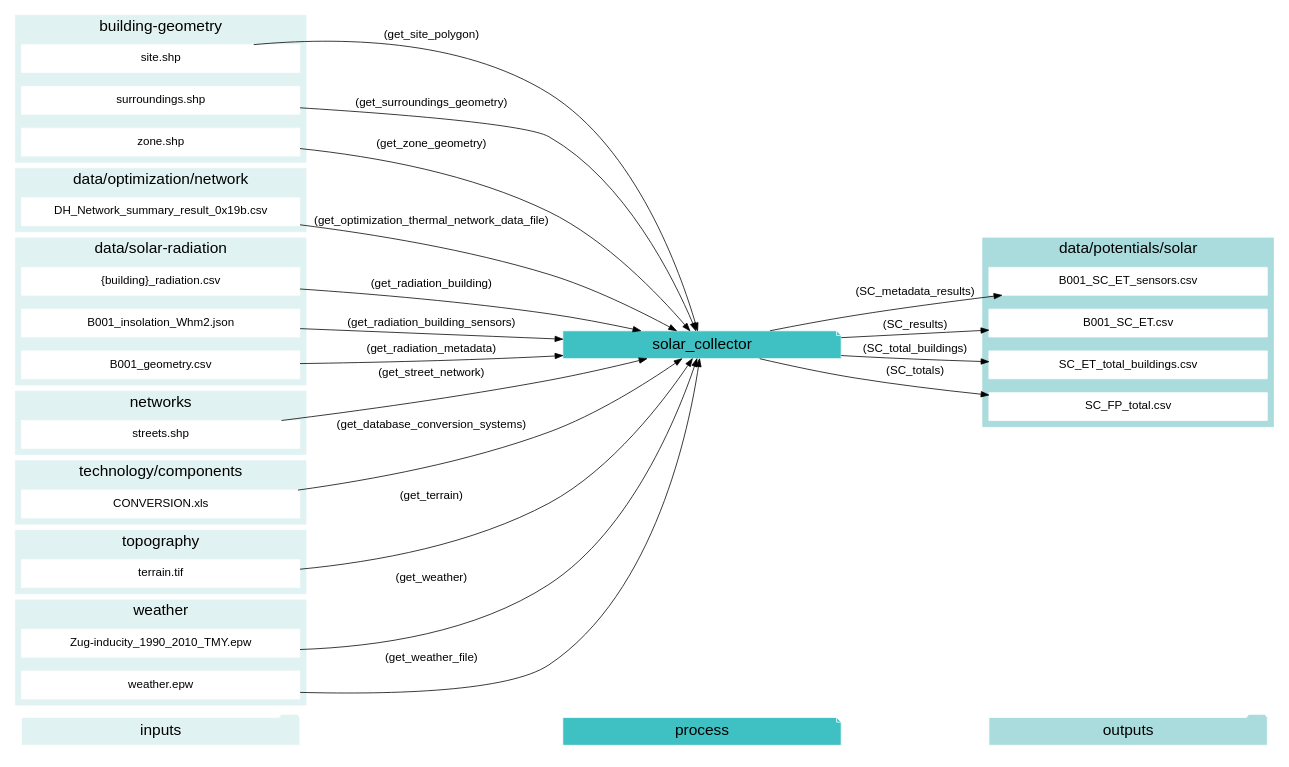
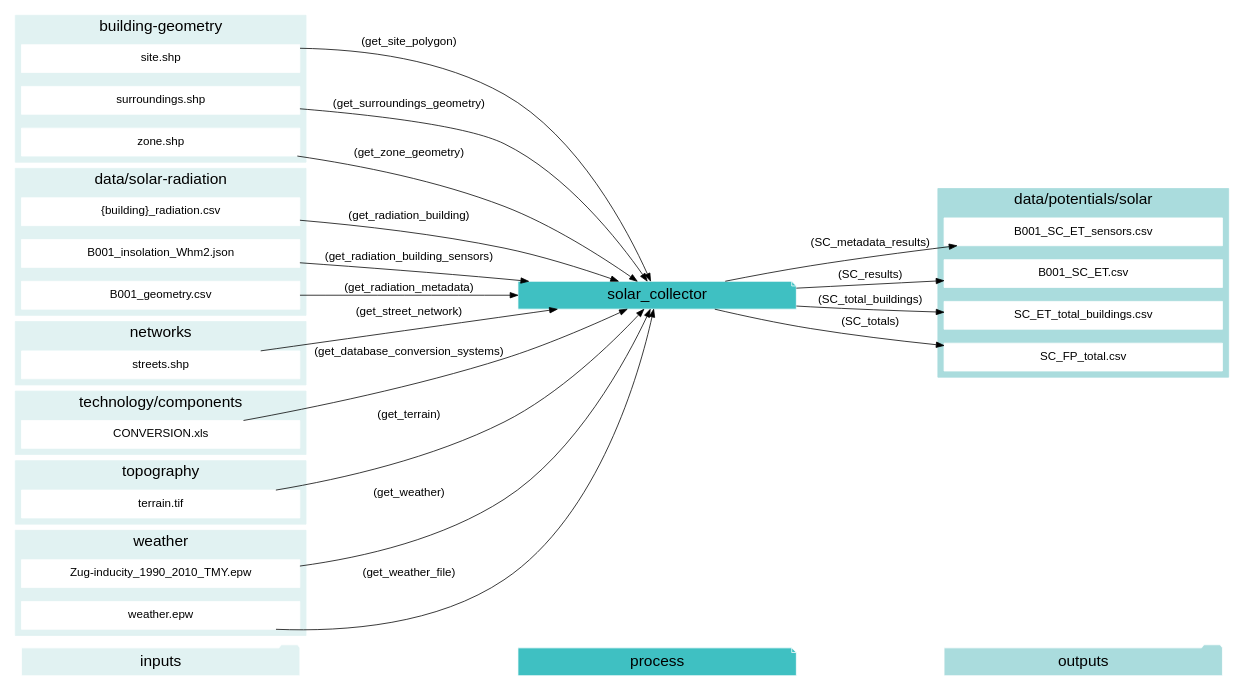
The diagram in docs/graphviz/solar_collector.gv (architecture-building-systems/CityEnergyAnalyst), drawn with Graphviz before and after one commit. The commit also changed 25 other files, not shown here.

Commit message:
working on the graphviz output

```diff
--- a/docs/graphviz/solar_collector.gv
+++ b/docs/graphviz/solar_collector.gv
@@ -1,105 +1,96 @@
 digraph trace_inputlocator {
     rankdir="LR";
     graph [overlap=false, fontname=arial];
     node [shape=box, style=filled, color=white, fontsize=15, fontname=arial, fixedsize=true, width=5];
     edge [fontname=arial, fontsize = 15]
     newrank=true
     subgraph cluster_legend {
     fontsize=25
     style=invis
     "process"[style=filled, fillcolor="#3FC0C2", shape=note, fontsize=20, fontname="arial"]
     "inputs" [style=filled, shape=folder, color=white, fillcolor="#E1F2F2", fontsize=20]
     "outputs"[style=filled, shape=folder, color=white, fillcolor="#aadcdd", fontsize=20]
     "inputs"->"process"[style=invis]
     "process"->"outputs"[style=invis]
     }
     "solar_collector"[style=filled, color=white, fillcolor="#3FC0C2", shape=note, fontsize=20, fontname=arial];
     subgraph cluster_0_in {
         style = filled;
         color = "#E1F2F2";
         fontsize = 20;
         rank=same;
         label="building-geometry";
         "site.shp"
         "surroundings.shp"
         "zone.shp"
     }
-    subgraph cluster_1_in {
-        style = filled;
-        color = "#E1F2F2";
-        fontsize = 20;
-        rank=same;
-        label="data/optimization/network";
-        "DH_Network_summary_result_0x19b.csv"
-    }
-    subgraph cluster_2_out {
+    subgraph cluster_1_out {
         style = filled;
         color = "#aadcdd";
         fontsize = 20;
         rank=same;
         label="data/potentials/solar";
         "B001_SC_ET_sensors.csv"
         "B001_SC_ET.csv"
         "SC_ET_total_buildings.csv"
         "SC_FP_total.csv"
     }
-    subgraph cluster_3_in {
+    subgraph cluster_2_in {
         style = filled;
         color = "#E1F2F2";
         fontsize = 20;
         rank=same;
         label="data/solar-radiation";
         "{building}_radiation.csv"
         "B001_insolation_Whm2.json"
         "B001_geometry.csv"
     }
-    subgraph cluster_4_in {
+    subgraph cluster_3_in {
         style = filled;
         color = "#E1F2F2";
         fontsize = 20;
         rank=same;
         label="networks";
         "streets.shp"
     }
-    subgraph cluster_5_in {
+    subgraph cluster_4_in {
         style = filled;
         color = "#E1F2F2";
         fontsize = 20;
         rank=same;
         label="technology/components";
         "CONVERSION.xls"
     }
-    subgraph cluster_6_in {
+    subgraph cluster_5_in {
         style = filled;
         color = "#E1F2F2";
         fontsize = 20;
         rank=same;
         label="topography";
         "terrain.tif"
     }
-    subgraph cluster_7_in {
+    subgraph cluster_6_in {
         style = filled;
         color = "#E1F2F2";
         fontsize = 20;
         rank=same;
         label="weather";
         "Zug-inducity_1990_2010_TMY.epw"
         "weather.epw"
     }
     "CONVERSION.xls" -> "solar_collector"[label="(get_database_conversion_systems)"]
-    "DH_Network_summary_result_0x19b.csv" -> "solar_collector"[label="(get_optimization_thermal_network_data_file)"]
     "{building}_radiation.csv" -> "solar_collector"[label="(get_radiation_building)"]
     "B001_insolation_Whm2.json" -> "solar_collector"[label="(get_radiation_building_sensors)"]
     "B001_geometry.csv" -> "solar_collector"[label="(get_radiation_metadata)"]
     "site.shp" -> "solar_collector"[label="(get_site_polygon)"]
     "streets.shp" -> "solar_collector"[label="(get_street_network)"]
     "surroundings.shp" -> "solar_collector"[label="(get_surroundings_geometry)"]
     "terrain.tif" -> "solar_collector"[label="(get_terrain)"]
     "Zug-inducity_1990_2010_TMY.epw" -> "solar_collector"[label="(get_weather)"]
     "weather.epw" -> "solar_collector"[label="(get_weather_file)"]
     "zone.shp" -> "solar_collector"[label="(get_zone_geometry)"]
     "solar_collector" -> "B001_SC_ET_sensors.csv"[label="(SC_metadata_results)"]
     "solar_collector" -> "B001_SC_ET.csv"[label="(SC_results)"]
     "solar_collector" -> "SC_ET_total_buildings.csv"[label="(SC_total_buildings)"]
     "solar_collector" -> "SC_FP_total.csv"[label="(SC_totals)"]
     }
```
